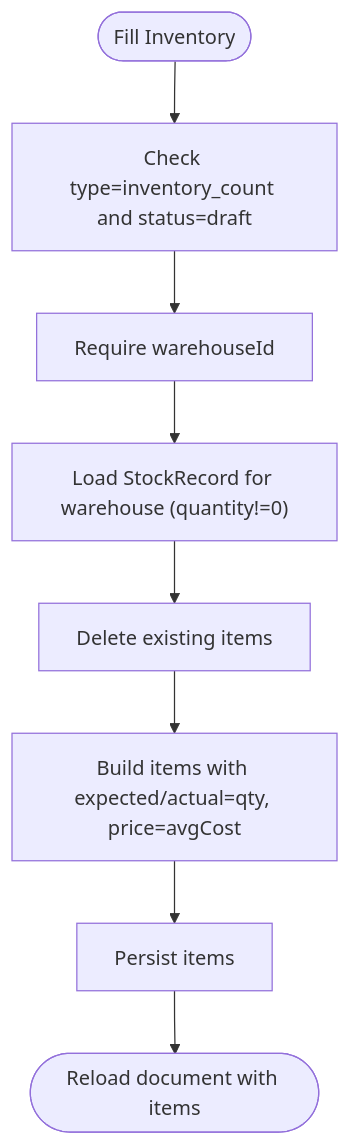
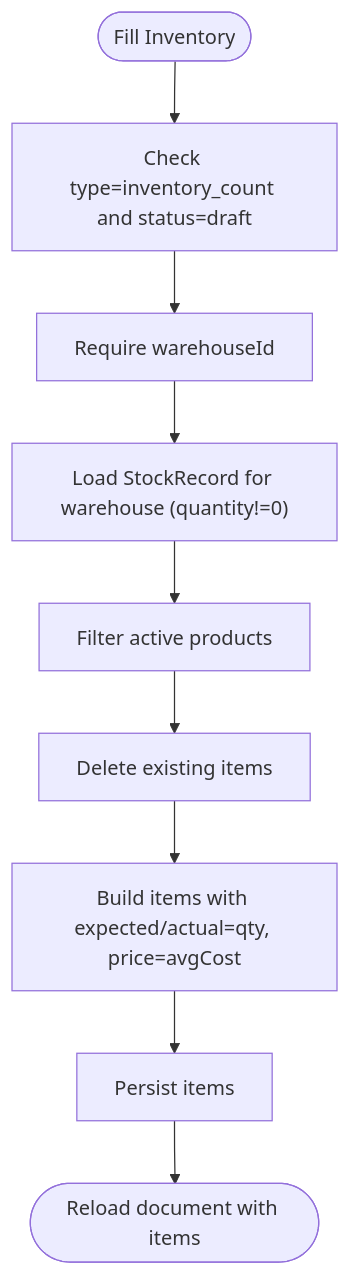
One commit to nzey11/erp-new changed the sixth of 10 diagrams in .qoder/repowiki/en/content/Accounting Module/Document Management System.md. Above: the diagram before and after it, drawn with Mermaid. The commit also changed other lines of this file and 46 other files, not shown here.

````diff
--- a/.qoder/repowiki/en/content/Accounting Module/Document Management System.md
+++ b/.qoder/repowiki/en/content/Accounting Module/Document Management System.md
@@ -263,10 +334,11 @@
 ```mermaid
 flowchart TD
 Start(["Fill Inventory"]) --> CheckDraft["Check type=inventory_count and status=draft"]
 CheckDraft --> HasWH["Require warehouseId"]
 HasWH --> LoadStock["Load StockRecord for warehouse (quantity!=0)"]
-LoadStock --> ClearItems["Delete existing items"]
+LoadStock --> FilterProducts["Filter active products"]
+FilterProducts --> ClearItems["Delete existing items"]
 ClearItems --> BuildItems["Build items with expected/actual=qty, price=avgCost"]
 BuildItems --> Save["Persist items"]
-Save --> Done(["Reload document with items"])
+Save --> Reload(["Reload document with items"])
 ```
````
